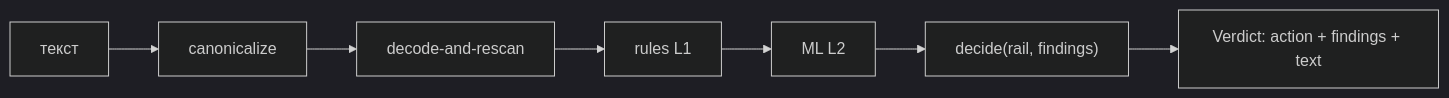
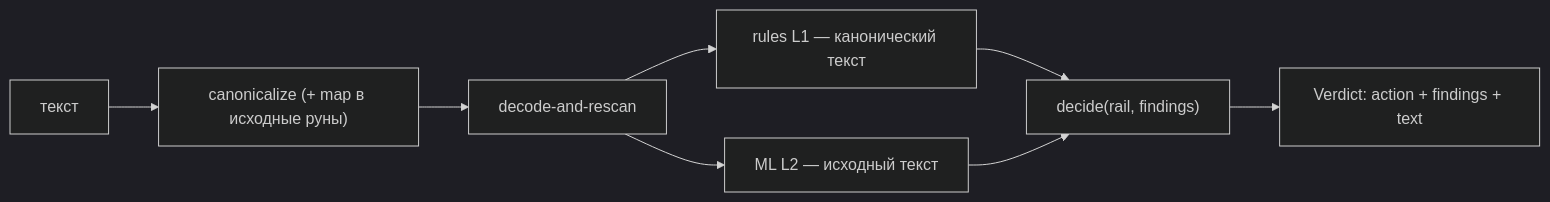
Before and after one commit to KirillYuzh/Gobellim: the second of 3 diagrams in docs/internals/design.md, drawn with Mermaid (dark theme). The commit also changed other lines of this file and 23 other files, not shown here.

````diff
--- a/docs/internals/design.md
+++ b/docs/internals/design.md
@@ -36,9 +37,10 @@
 ```mermaid
 flowchart LR
-    T["текст"] --> CAN["canonicalize"]
+    T["текст"] --> CAN["canonicalize (+ map в исходные руны)"]
     CAN --> DEC["decode-and-rescan"]
-    DEC --> L1["rules L1"]
-    L1 --> L2["ML L2"]
-    L2 --> DECIDE["decide(rail, findings)"]
+    DEC --> L1["rules L1 — канонический текст"]
+    DEC --> L2["ML L2 — исходный текст"]
+    L1 --> DECIDE["decide(rail, findings)"]
+    L2 --> DECIDE
     DECIDE --> V["Verdict: action + findings + text"]
 ```
````
